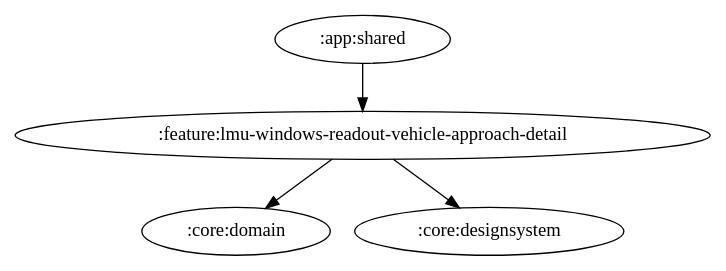
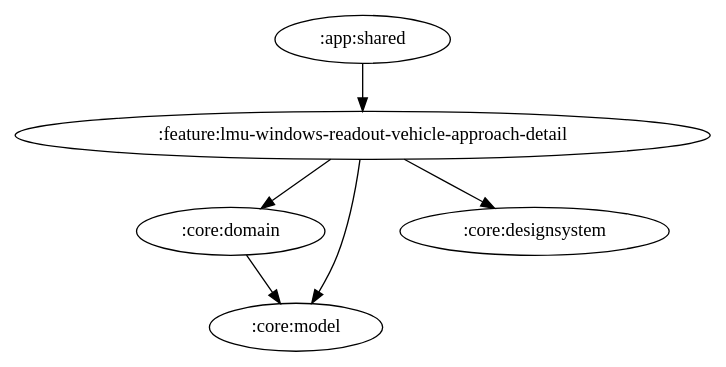
The diagram in docs/graphs/feature-lmu-windows-readout-vehicle-approach-detail.gv (ai-kurou/KoDriver), drawn with Graphviz before and after one commit. The commit also changed 63 other files, not shown here.

Commit message:
chore: update module graph images

```diff
--- a/docs/graphs/feature-lmu-windows-readout-vehicle-approach-detail.gv
+++ b/docs/graphs/feature-lmu-windows-readout-vehicle-approach-detail.gv
@@ -1,6 +1,8 @@
 digraph G {
   rankdir=TB
   ":app:shared" -> ":feature:lmu-windows-readout-vehicle-approach-detail"
+  ":core:domain" -> ":core:model"
   ":feature:lmu-windows-readout-vehicle-approach-detail" -> ":core:domain"
+  ":feature:lmu-windows-readout-vehicle-approach-detail" -> ":core:model"
   ":feature:lmu-windows-readout-vehicle-approach-detail" -> ":core:designsystem"
 }
```
